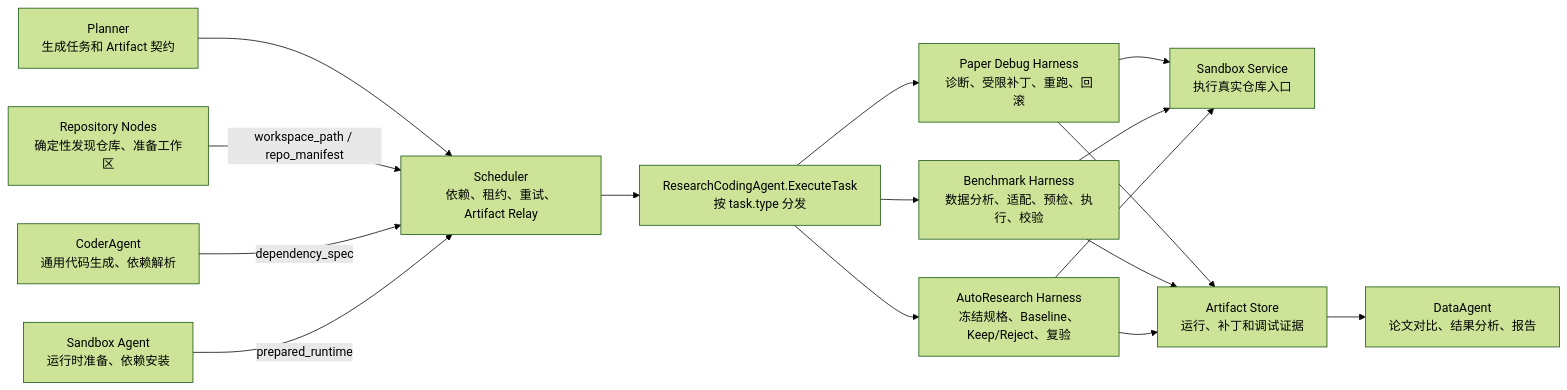
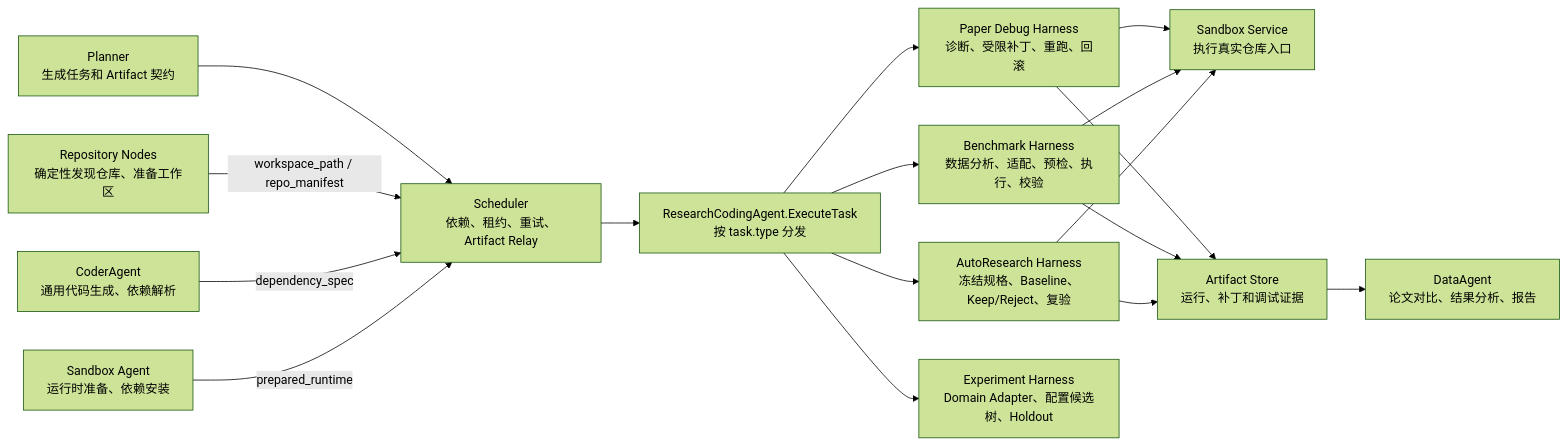
One commit to yu-xin-c/Sea-mult-agent changed the first of 2 diagrams in scholar-agent/docs/research_coding_agent.md. Above: the diagram before and after it, drawn with Mermaid (forest theme). The commit also changed other lines of this file and 44 other files, not shown here.

````diff
--- a/scholar-agent/docs/research_coding_agent.md
+++ b/scholar-agent/docs/research_coding_agent.md
@@ -17,21 +18,22 @@
 ```mermaid
 flowchart LR
     P["Planner<br/>生成任务和 Artifact 契约"] --> S["Scheduler<br/>依赖、租约、重试、Artifact Relay"]
     S --> D["ResearchCodingAgent.ExecuteTask<br/>按 task.type 分发"]
 
     R["Repository Nodes<br/>确定性发现仓库、准备工作区"] -->|"workspace_path / repo_manifest"| S
     C["CoderAgent<br/>通用代码生成、依赖解析"] -->|"dependency_spec"| S
     E["Sandbox Agent<br/>运行时准备、依赖安装"] -->|"prepared_runtime"| S
 
     D --> PH["Paper Debug Harness<br/>诊断、受限补丁、重跑、回滚"]
     D --> BH["Benchmark Harness<br/>数据分析、适配、预检、执行、校验"]
     D --> AH["AutoResearch Harness<br/>冻结规格、Baseline、Keep/Reject、复验"]
+    D --> EH["Experiment Harness<br/>Domain Adapter、配置候选树、Holdout"]
 
     PH --> X["Sandbox Service<br/>执行真实仓库入口"]
     BH --> X
     AH --> X
     PH --> A["Artifact Store<br/>运行、补丁和调试证据"]
     BH --> A
     AH --> A
     A --> DA["DataAgent<br/>论文对比、结果分析、报告"]
 ```
````
